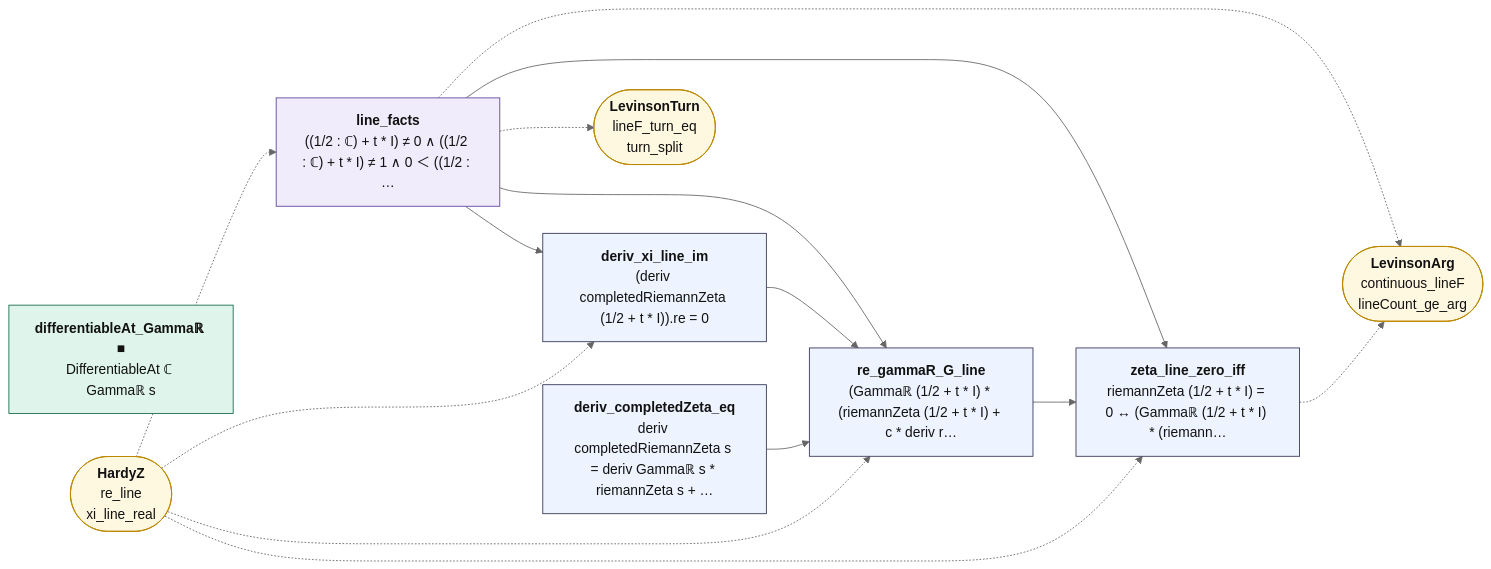
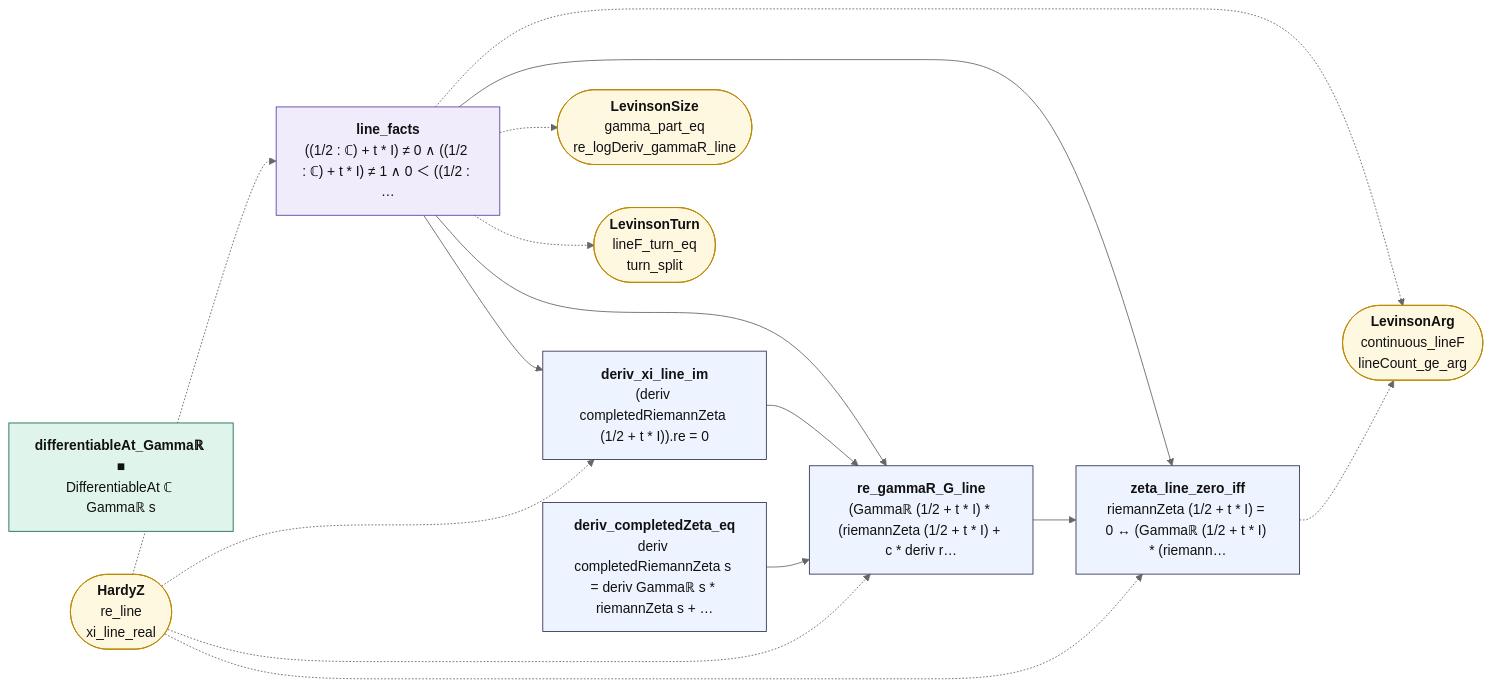
The diagram in map/lean_stage3/LevinsonLine.mmd (juliansambranojr/Primebeat_081426), drawn with Mermaid (neutral theme) before and after one commit. The commit also changed 23 other files, not shown here.

```diff
--- a/map/lean_stage3/LevinsonLine.mmd
+++ b/map/lean_stage3/LevinsonLine.mmd
@@ -1,31 +1,33 @@
 flowchart LR
   n0["<b>line_facts</b><br/>((1/2 : ℂ) + t * I) ≠ 0 ∧ ((1/2 : ℂ) + t * I) ≠ 1 ∧ 0 ＜ ((1/2 : …"]:::shp
   n1["<b>deriv_xi_line_im</b><br/>(deriv completedRiemannZeta (1/2 + t * I)).re = 0"]:::thm
   n2["<b>differentiableAt_Gammaℝ ■</b><br/>DifferentiableAt ℂ Gammaℝ s"]:::cnt
   n3["<b>deriv_completedZeta_eq</b><br/>deriv completedRiemannZeta s = deriv Gammaℝ s * riemannZeta s + …"]:::thm
   n4["<b>re_gammaR_G_line</b><br/>(Gammaℝ (1/2 + t * I) * (riemannZeta (1/2 + t * I) + c * deriv r…"]:::thm
   n5["<b>zeta_line_zero_iff</b><br/>riemannZeta (1/2 + t * I) = 0 ↔ (Gammaℝ (1/2 + t * I) * (riemann…"]:::thm
   x0(["<b>HardyZ</b><br/>re_line<br/>xi_line_real"]):::ext
   x1(["<b>LevinsonArg</b><br/>continuous_lineF<br/>lineCount_ge_arg"]):::ext
-  x2(["<b>LevinsonTurn</b><br/>lineF_turn_eq<br/>turn_split"]):::ext
+  x2(["<b>LevinsonSize</b><br/>gamma_part_eq<br/>re_logDeriv_gammaR_line"]):::ext
+  x3(["<b>LevinsonTurn</b><br/>lineF_turn_eq<br/>turn_split"]):::ext
   n0 --> n1
   n0 --> n4
   n0 --> n5
   n1 --> n4
   n3 --> n4
   n4 --> n5
   n0 -.-> x1
   n0 -.-> x2
+  n0 -.-> x3
   n5 -.-> x1
   x0 -.-> n0
   x0 -.-> n1
   x0 -.-> n4
   x0 -.-> n5
   classDef cnt fill:#dff5ec,stroke:#17694a,color:#111
   classDef shp fill:#f1ecfb,stroke:#5b3fa0,color:#111
   classDef rh fill:#ffe5e5,stroke:#c22,color:#111,stroke-width:2px
   classDef thm fill:#eef4ff,stroke:#335,color:#111
   classDef end_ fill:#e7f7e7,stroke:#2a7,color:#111,stroke-width:2px
   classDef lone fill:#fff,stroke:#999,color:#111,stroke-dasharray:4 3
   classDef bad fill:#ffe5e5,stroke:#c22,color:#111,stroke-width:2px
   classDef ext fill:#fff8e1,stroke:#b80,color:#111
```
